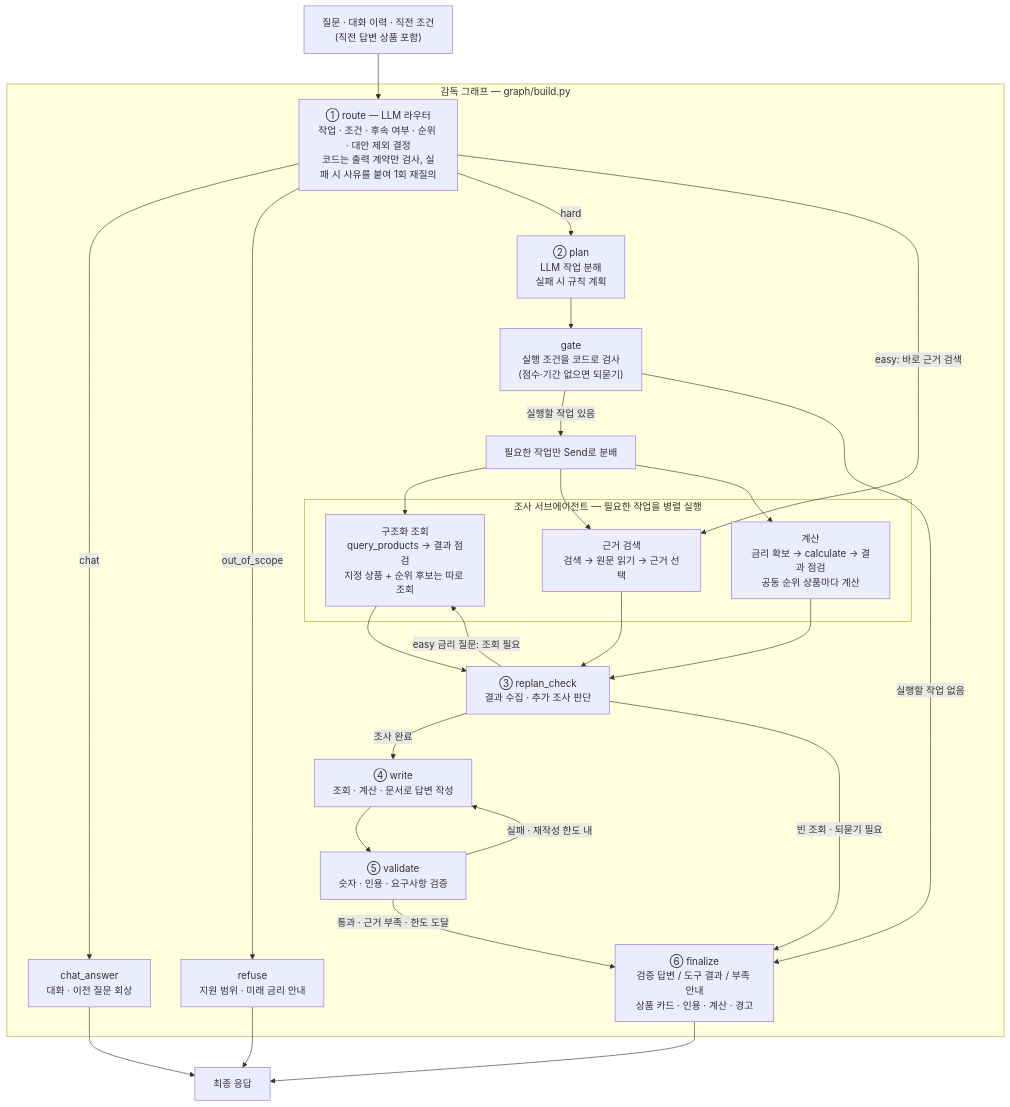
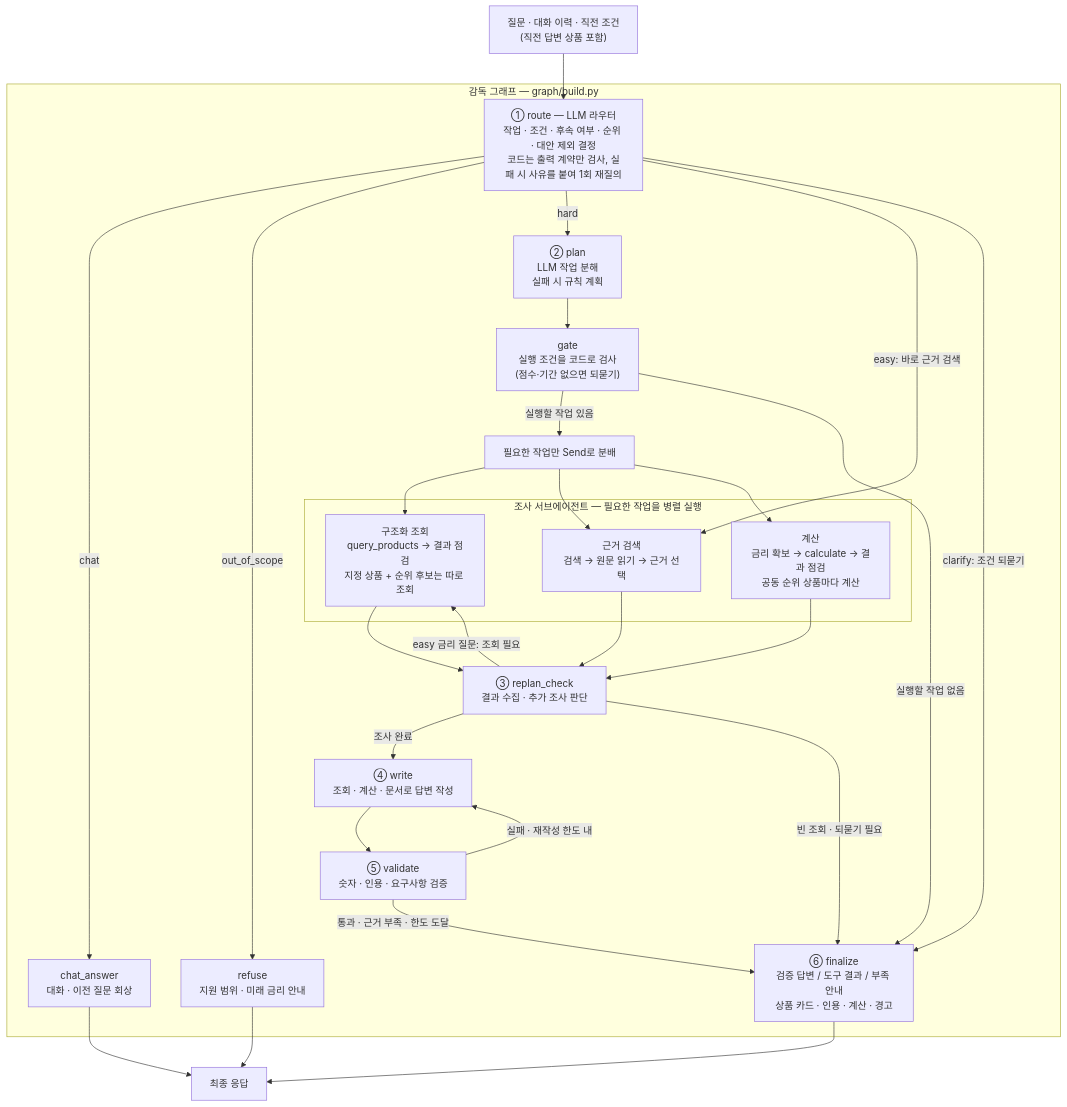
The second of 2 diagrams in README.md (seoung-mun/skala-ai-mini), drawn with Mermaid before and after one commit. The commit also changed other lines of this file, not shown here.

Commit message:
docs: README 평가 결과 제거·감독 그래프 되묻기 분기 추가

````diff
--- a/README.md
+++ b/README.md
@@ -166,46 +166,47 @@
 ```mermaid
 flowchart TB
     Input["질문 · 대화 이력 · 직전 조건<br/>(직전 답변 상품 포함)"] --> Route
 
     subgraph Supervisor["감독 그래프 — graph/build.py"]
         Route["① route — LLM 라우터<br/>작업 · 조건 · 후속 여부 · 순위 · 대안 제외 결정<br/>코드는 출력 계약만 검사, 실패 시 사유를 붙여 1회 재질의"]
 
         Route -->|chat| Chat["chat_answer<br/>대화 · 이전 질문 회상"]
         Route -->|out_of_scope| Refuse["refuse<br/>지원 범위 · 미래 금리 안내"]
         Route -->|hard| Plan["② plan<br/>LLM 작업 분해<br/>실패 시 규칙 계획"]
         Plan --> Gate["gate<br/>실행 조건을 코드로 검사<br/>(점수·기간 없으면 되묻기)"]
         Gate -->|"실행할 작업 있음"| Dispatch["필요한 작업만 Send로 분배"]
         Gate -->|"실행할 작업 없음"| Finalize
 
         Route -->|"easy: 바로 근거 검색"| RAG
+        Route -->|"clarify: 조건 되묻기"| Finalize
 
         subgraph Workers["조사 서브에이전트 — 필요한 작업을 병렬 실행"]
             Structured["구조화 조회<br/>query_products → 결과 점검<br/>지정 상품 + 순위 후보는 따로 조회"]
             RAG["근거 검색<br/>검색 → 원문 읽기 → 근거 선택"]
             Calc["계산<br/>금리 확보 → calculate → 결과 점검<br/>공동 순위 상품마다 계산"]
         end
 
         Dispatch --> Structured
         Dispatch --> RAG
         Dispatch --> Calc
 
         Structured --> Collect
         RAG --> Collect
         Calc --> Collect
 
         Collect["③ replan_check<br/>결과 수집 · 추가 조사 판단"]
         Collect -->|"easy 금리 질문: 조회 필요"| Structured
         Collect -->|"조사 완료"| Write["④ write<br/>조회 · 계산 · 문서로 답변 작성"]
         Collect -->|"빈 조회 · 되묻기 필요"| Finalize
 
         Write --> Validate["⑤ validate<br/>숫자 · 인용 · 요구사항 검증"]
         Validate -->|"실패 · 재작성 한도 내"| Write
         Validate -->|"통과 · 근거 부족 · 한도 도달"| Finalize
 
         Finalize["⑥ finalize<br/>검증 답변 / 도구 결과 / 부족 안내<br/>상품 카드 · 인용 · 계산 · 경고"]
     end
 
     Chat --> Output["최종 응답"]
     Refuse --> Output
     Finalize --> Output
 ```
````
